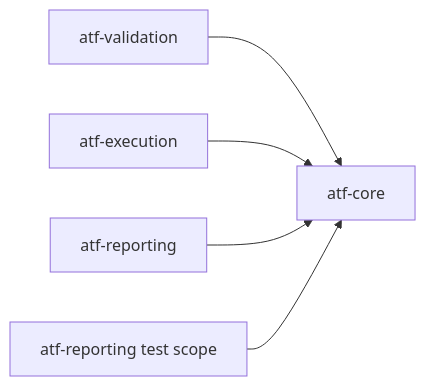
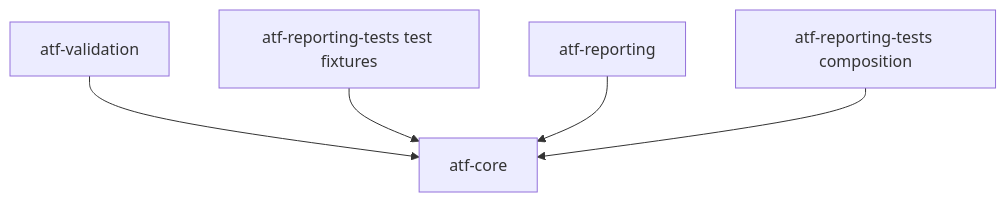
Before and after one commit to crististefanita/demo2: the diagram in atf-core/README.md, drawn with Mermaid. The commit also changed other lines of this file and 894 other files, not shown here.

````diff
--- a/atf-core/README.md
+++ b/atf-core/README.md
@@ -9,7 +16,7 @@
 ```mermaid
-flowchart LR
+flowchart TB
     Validation[atf-validation] --> Core[atf-core]
-    Execution[atf-execution] --> Core
+    ReportingTests[atf-reporting-tests test fixtures] --> Core
     Reporting[atf-reporting] --> Core
-    Tests[atf-reporting test scope] --> Core
+    Tests[atf-reporting-tests composition] --> Core
 ```
````
